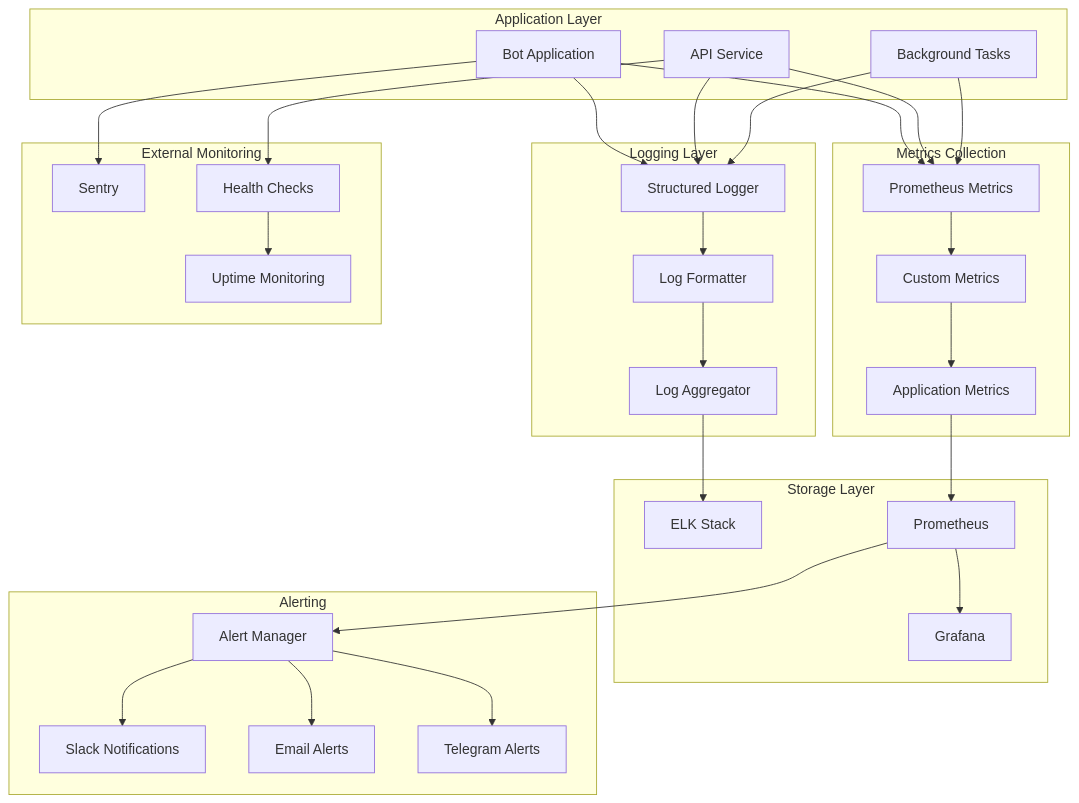
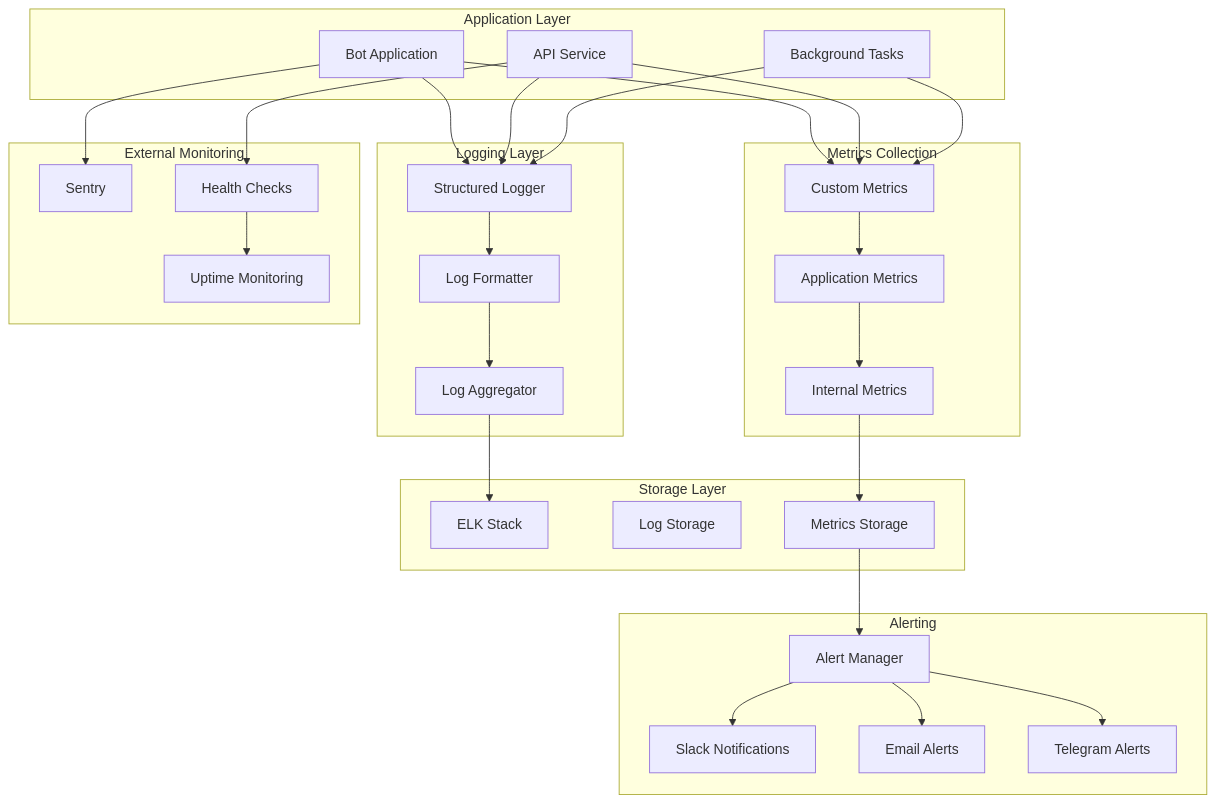
One commit to BYevYX/ai_onboarding_bot changed the diagram in docs/logging_monitoring_system.md. Above: the diagram before and after it, drawn with Mermaid. The commit also changed other lines of this file and 36 other files, not shown here.

````diff
--- a/docs/logging_monitoring_system.md
+++ b/docs/logging_monitoring_system.md
@@ -9,66 +9,65 @@
 ```mermaid
 graph TB
     subgraph "Application Layer"
         APP[Bot Application]
         API[API Service]
         BG[Background Tasks]
     end
     
     subgraph "Logging Layer"
         SL[Structured Logger]
         LF[Log Formatter]
         LA[Log Aggregator]
     end
     
     subgraph "Metrics Collection"
-        PM[Prometheus Metrics]
         CM[Custom Metrics]
         AM[Application Metrics]
+        IM[Internal Metrics]
     end
     
     subgraph "Storage Layer"
         ELK[ELK Stack]
-        PROM[Prometheus]
-        GRAF[Grafana]
+        LS[Log Storage]
+        MS[Metrics Storage]
     end
     
     subgraph "Alerting"
         AM_SVC[Alert Manager]
         SLACK[Slack Notifications]
         EMAIL[Email Alerts]
         TG[Telegram Alerts]
     end
     
     subgraph "External Monitoring"
         SENTRY[Sentry]
         HEALTH[Health Checks]
         UPTIME[Uptime Monitoring]
     end
     
     APP --> SL
     API --> SL
     BG --> SL
     
     SL --> LF
     LF --> LA
     LA --> ELK
     
-    APP --> PM
-    API --> PM
-    BG --> PM
+    APP --> CM
+    API --> CM
+    BG --> CM
     
-    PM --> CM
     CM --> AM
-    AM --> PROM
+    AM --> IM
+    IM --> MS
     
-    PROM --> GRAF
-    PROM --> AM_SVC
+    MS --> AM_SVC
     
     AM_SVC --> SLACK
     AM_SVC --> EMAIL
     AM_SVC --> TG
     
     APP --> SENTRY
     API --> HEALTH
     HEALTH --> UPTIME
 ```
````
